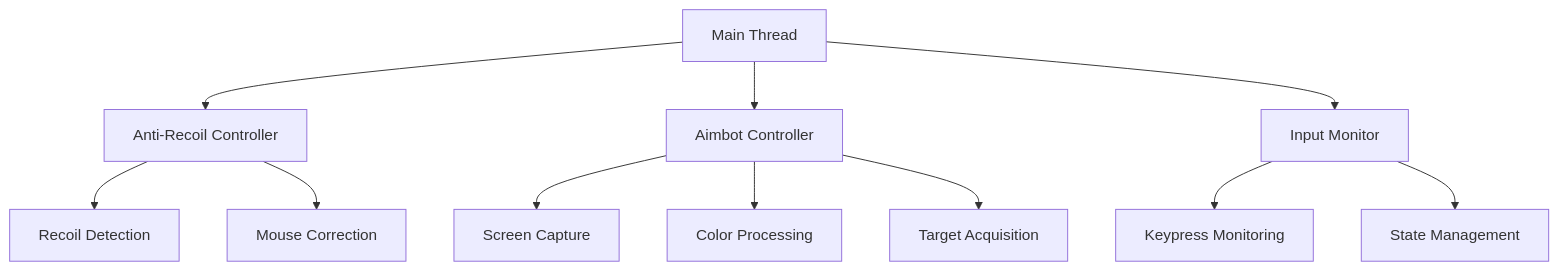
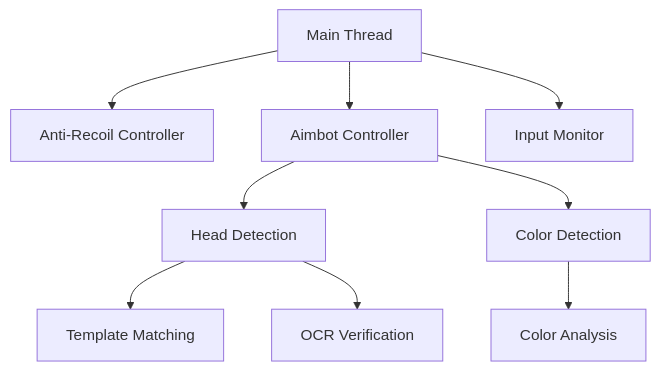
The diagram in README.md (AITechnologyDev/game-assistance-tool), drawn with Mermaid before and after one commit. The commit also changed other lines of this file and 2 other files, not shown here.

````diff
--- a/README.md
+++ b/README.md
@@ -64,13 +91,11 @@
 ```mermaid
 graph TD
     A[Main Thread] --> B[Anti-Recoil Controller]
     A --> C[Aimbot Controller]
     A --> D[Input Monitor]
-    B --> E[Recoil Detection]
-    B --> F[Mouse Correction]
-    C --> G[Screen Capture]
-    C --> H[Color Processing]
-    C --> I[Target Acquisition]
-    D --> J[Keypress Monitoring]
-    D --> K[State Management]
+    C --> E[Head Detection]
+    C --> F[Color Detection]
+    E --> G[Template Matching]
+    E --> H[OCR Verification]
+    F --> I[Color Analysis]
 ```
````
